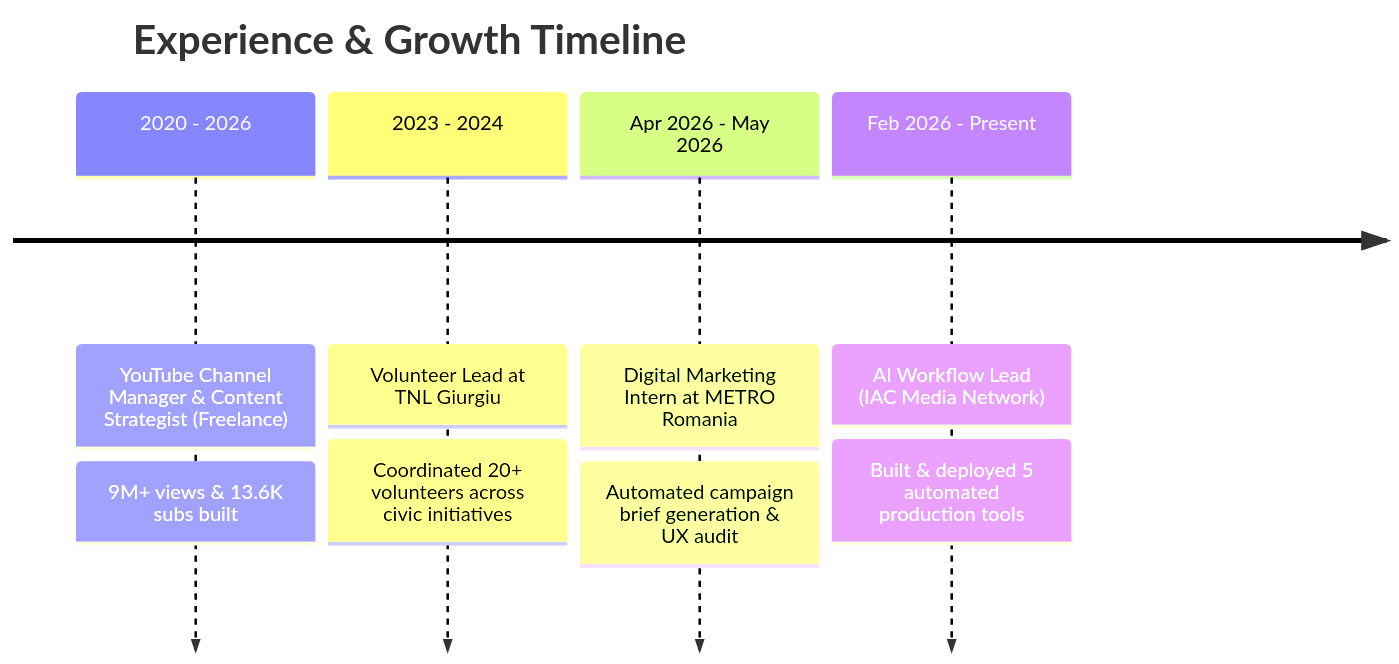
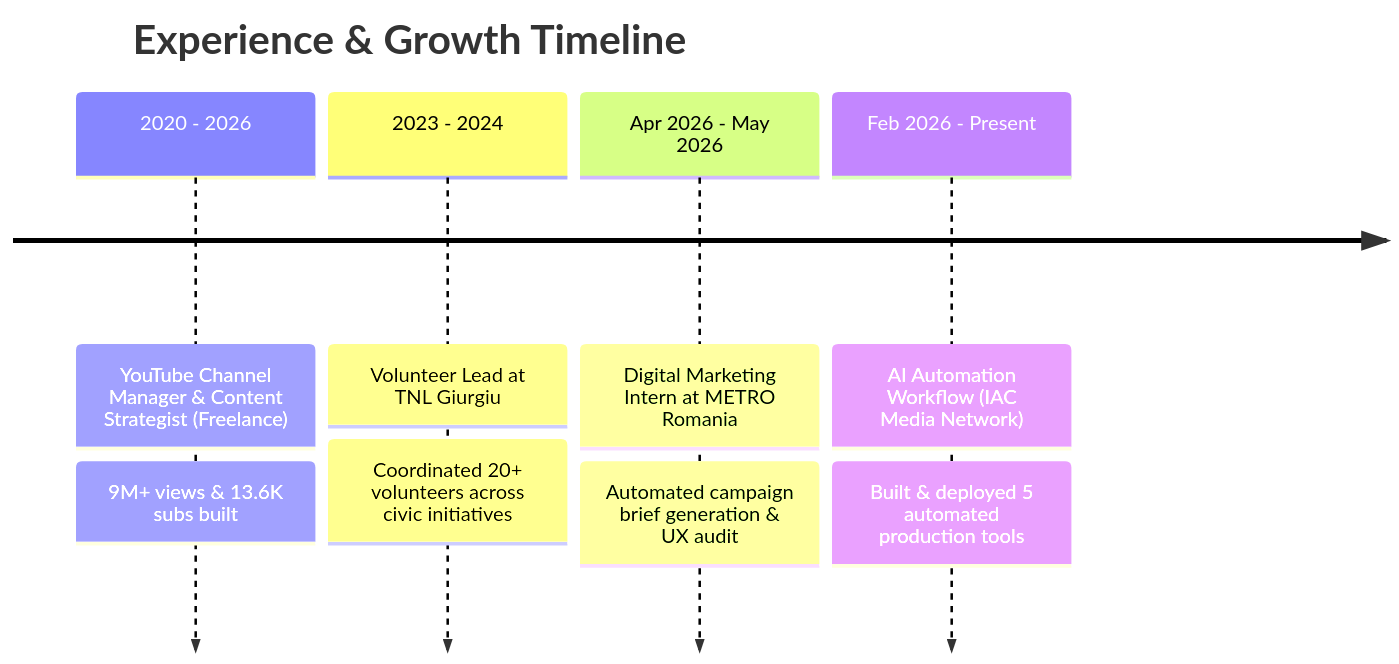
One commit to IonitaAC/CV-Resume changed the second of 6 diagrams in README.md. Above: the diagram before and after it, drawn with Mermaid. The commit also changed other lines of this file, not shown here.

````diff
--- a/README.md
+++ b/README.md
@@ -41,8 +41,8 @@
 ```mermaid
 timeline
     title Experience & Growth Timeline
     2020 - 2026 : YouTube Channel Manager & Content Strategist (Freelance) : 9M+ views & 13.6K subs built
     2023 - 2024 : Volunteer Lead at TNL Giurgiu : Coordinated 20+ volunteers across civic initiatives
     Apr 2026 - May 2026 : Digital Marketing Intern at METRO Romania : Automated campaign brief generation & UX audit
-    Feb 2026 - Present : AI Workflow Lead (IAC Media Network) : Built & deployed 5 automated production tools
+    Feb 2026 - Present : AI Automation Workflow (IAC Media Network) : Built & deployed 5 automated production tools
 ```
````
